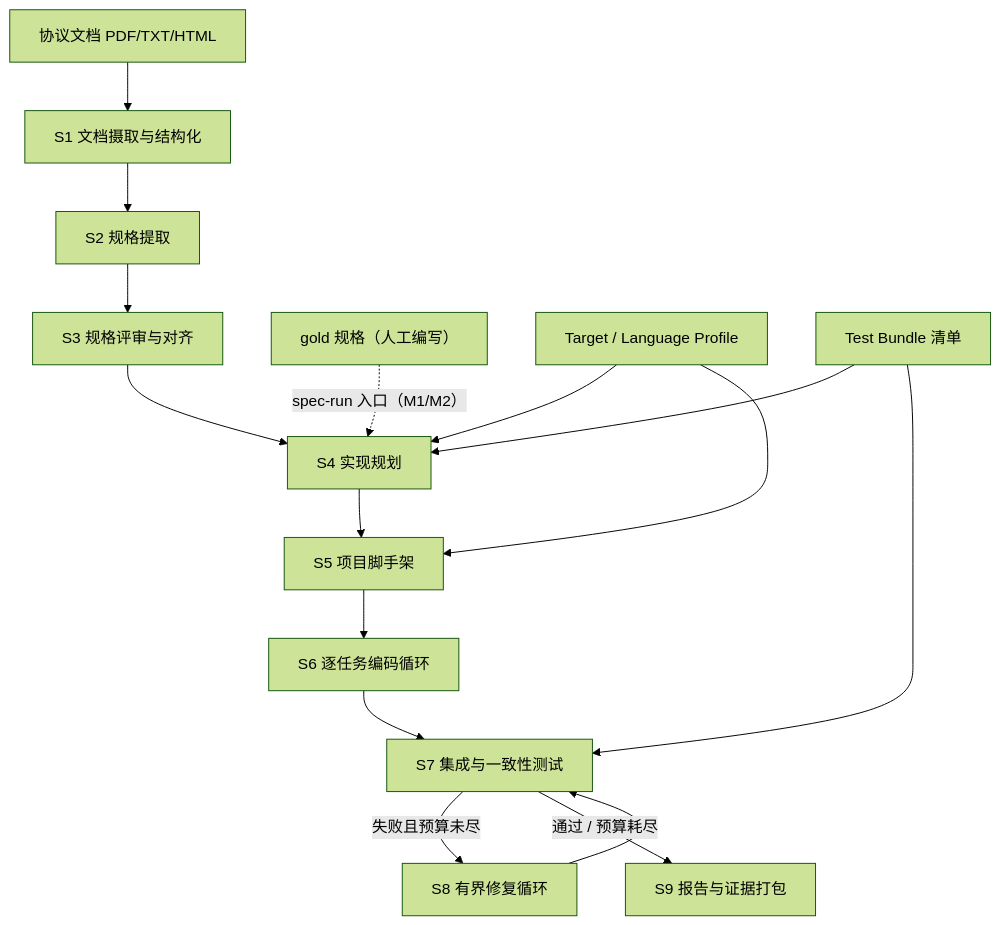
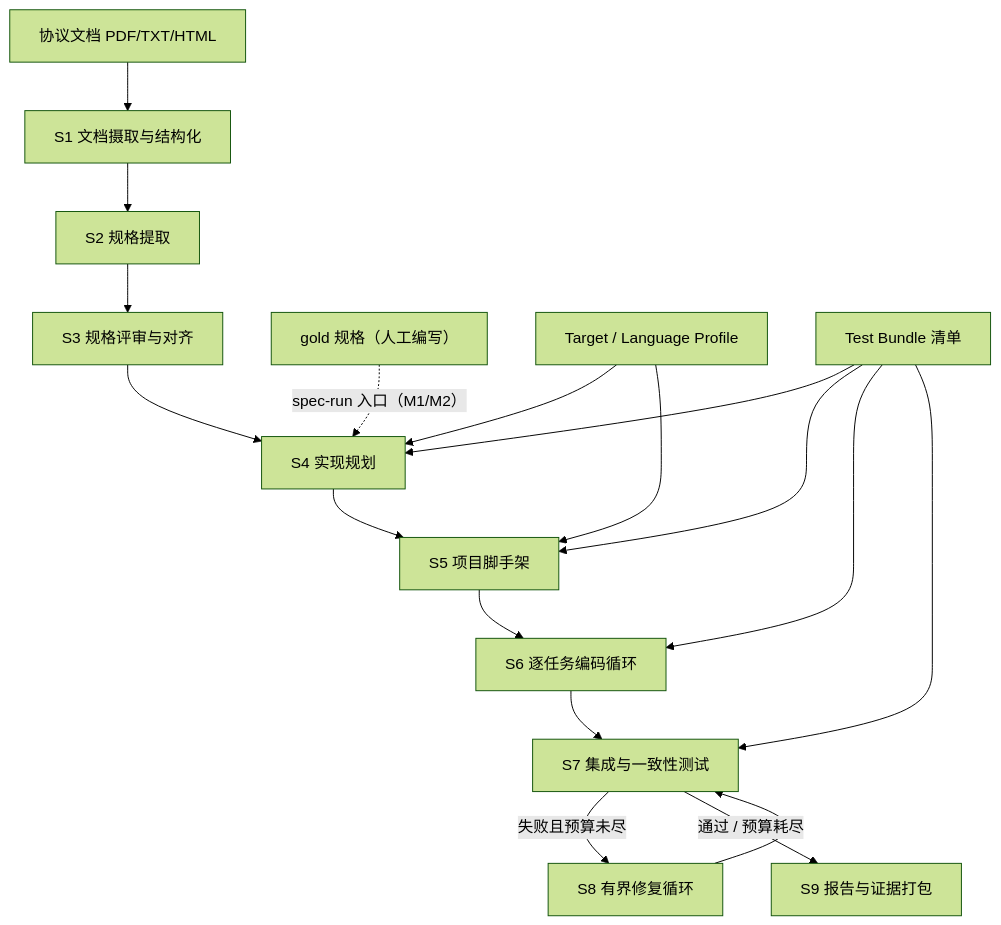
Before and after one commit to Assassin187/NePA: the first of 2 diagrams in project_docs/system_design.md, drawn with Mermaid (forest theme). The commit also changed other lines of this file and 1 other file, not shown here.

````diff
--- a/project_docs/system_design.md
+++ b/project_docs/system_design.md
@@ -177,18 +180,20 @@
 ```mermaid
 flowchart TD
   A[协议文档 PDF/TXT/HTML] --> S1[S1 文档摄取与结构化]
   S1 --> S2[S2 规格提取]
   S2 --> S3[S3 规格评审与对齐]
   S3 --> S4[S4 实现规划]
   G[gold 规格（人工编写）] -.spec-run 入口（M1/M2）.-> S4
   P[Target / Language Profile] --> S4
   P --> S5
   T[Test Bundle 清单] --> S4
+  T --> S5
   S4 --> S5[S5 项目脚手架]
   S5 --> S6[S6 逐任务编码循环]
+  T --> S6
   T --> S7
   S6 --> S7[S7 集成与一致性测试]
   S7 -- 失败且预算未尽 --> S8[S8 有界修复循环]
   S8 --> S7
   S7 -- 通过 / 预算耗尽 --> S9[S9 报告与证据打包]
 ```
````
